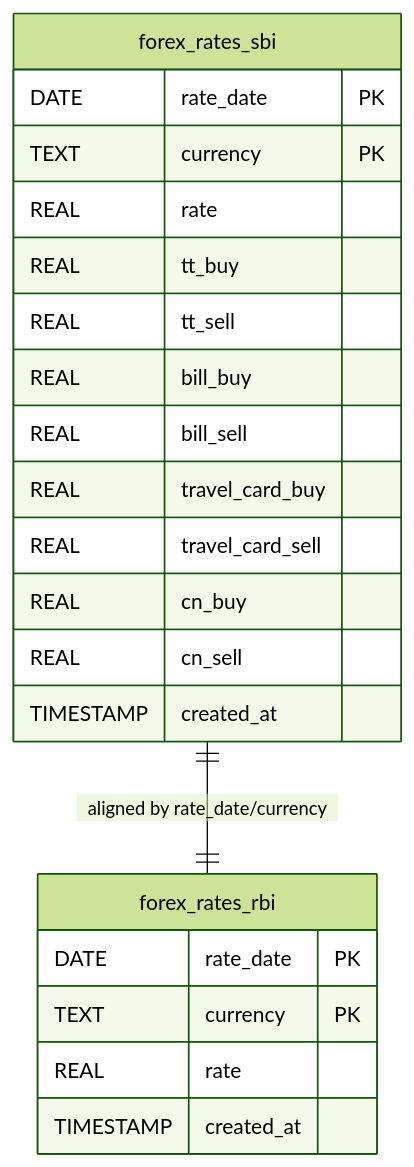
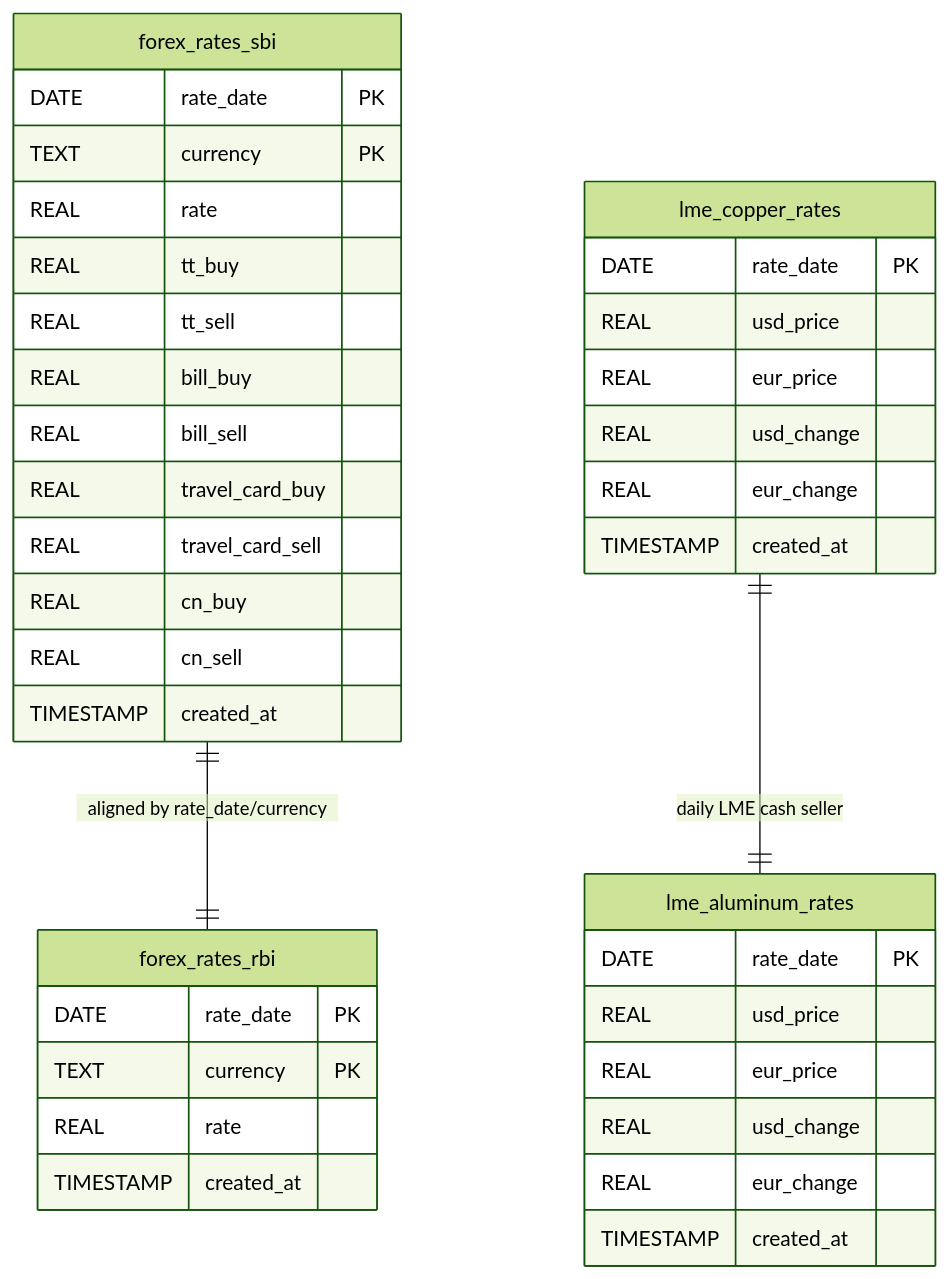
One commit to vindagollc/fx-bharat changed the diagram in README.md. Above: the diagram before and after it, drawn with Mermaid (forest theme). The commit also changed other lines of this file and 14 other files, not shown here.

Commit message:
Add LME copper and aluminum ingestion support

````diff
--- a/README.md
+++ b/README.md
@@ -167,24 +168,41 @@
 ```mermaid
 erDiagram
     forex_rates_rbi {
         DATE rate_date PK
         TEXT currency PK
         REAL rate
         TIMESTAMP created_at
     }
     forex_rates_sbi {
         DATE rate_date PK
         TEXT currency PK
         REAL rate
         REAL tt_buy
         REAL tt_sell
         REAL bill_buy
         REAL bill_sell
         REAL travel_card_buy
         REAL travel_card_sell
         REAL cn_buy
         REAL cn_sell
         TIMESTAMP created_at
     }
+    lme_copper_rates {
+        DATE rate_date PK
+        REAL usd_price
+        REAL eur_price
+        REAL usd_change
+        REAL eur_change
+        TIMESTAMP created_at
+    }
+    lme_aluminum_rates {
+        DATE rate_date PK
+        REAL usd_price
+        REAL eur_price
+        REAL usd_change
+        REAL eur_change
+        TIMESTAMP created_at
+    }
     forex_rates_sbi ||--|| forex_rates_rbi : "aligned by rate_date/currency"
+    lme_copper_rates ||--|| lme_aluminum_rates : "daily LME cash seller"
 ```
````
